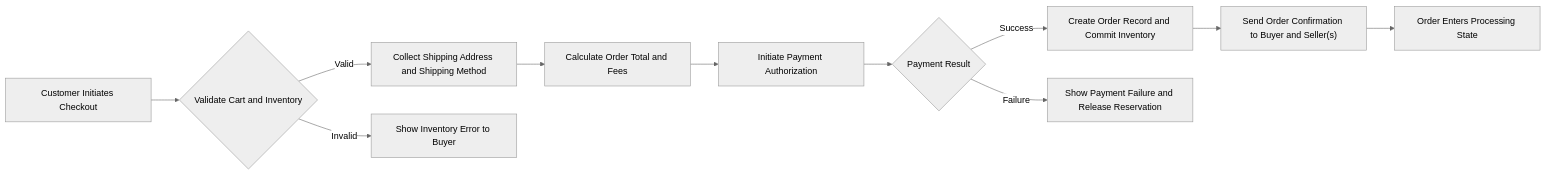
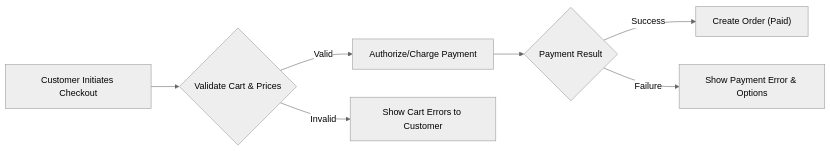
The diagram in openai/gpt-5-mini/shopping/docs/analysis/00-toc.md (wrtnlabs/autobe-examples), drawn with Mermaid (neutral theme) before and after one commit. The commit also changed other lines of this file and 16146 other files, not shown here.

````diff
--- a/openai/gpt-5-mini/shopping/docs/analysis/00-toc.md
+++ b/openai/gpt-5-mini/shopping/docs/analysis/00-toc.md
@@ -229,13 +41,9 @@
 ```mermaid
 graph LR
-  A["Customer Initiates Checkout"] --> B{"Validate Cart and Inventory"}
-  B -->|"Valid"| C["Collect Shipping Address and Shipping Method"]
-  B -->|"Invalid"| D["Show Inventory Error to Buyer"]
-  C --> E["Calculate Order Total and Fees"]
-  E --> F["Initiate Payment Authorization"]
-  F --> G{"Payment Result"}
-  G -->|"Success"| H["Create Order Record and Commit Inventory"]
-  G -->|"Failure"| I["Show Payment Failure and Release Reservation"]
-  H --> J["Send Order Confirmation to Buyer and Seller(s)"]
-  J --> K["Order Enters Processing State"]
+  A["Customer Initiates Checkout"] --> B{"Validate Cart & Prices"}
+  B -->|"Valid"| C["Authorize/Charge Payment"]
+  B -->|"Invalid"| D["Show Cart Errors to Customer"]
+  C --> E{"Payment Result"}
+  E -->|"Success"| F["Create Order (Paid)"]
+  E -->|"Failure"| G["Show Payment Error & Options"]
 ```
````
